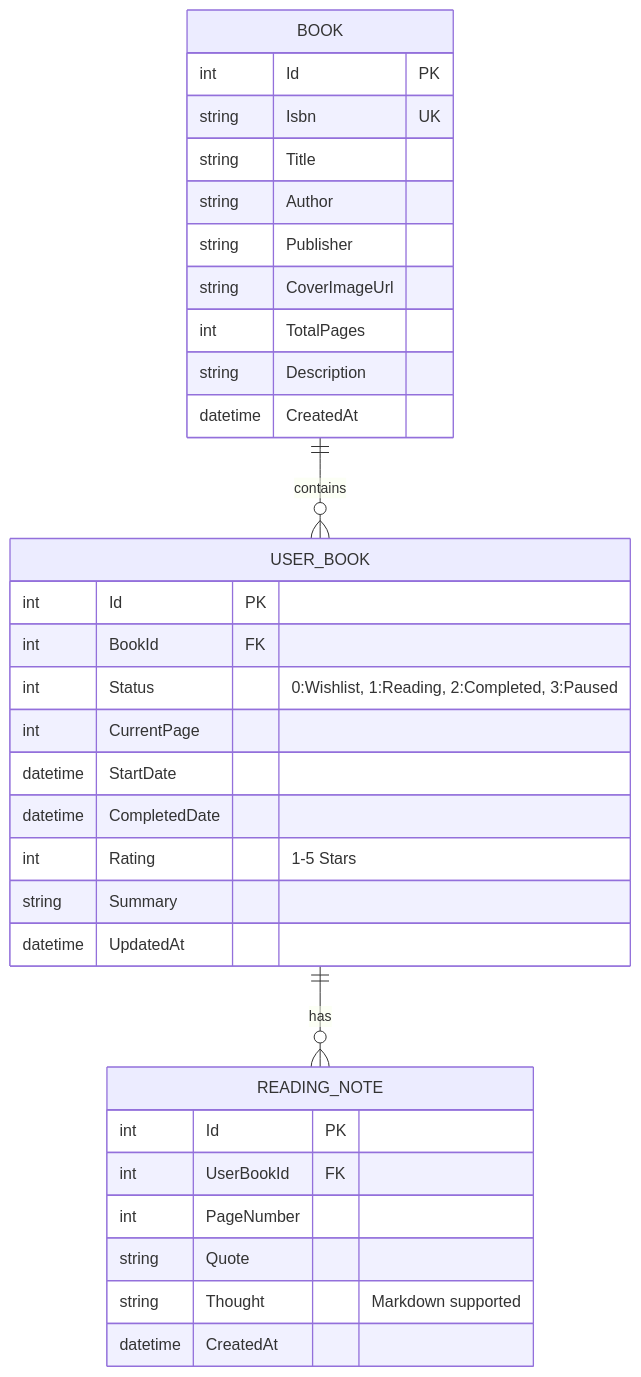
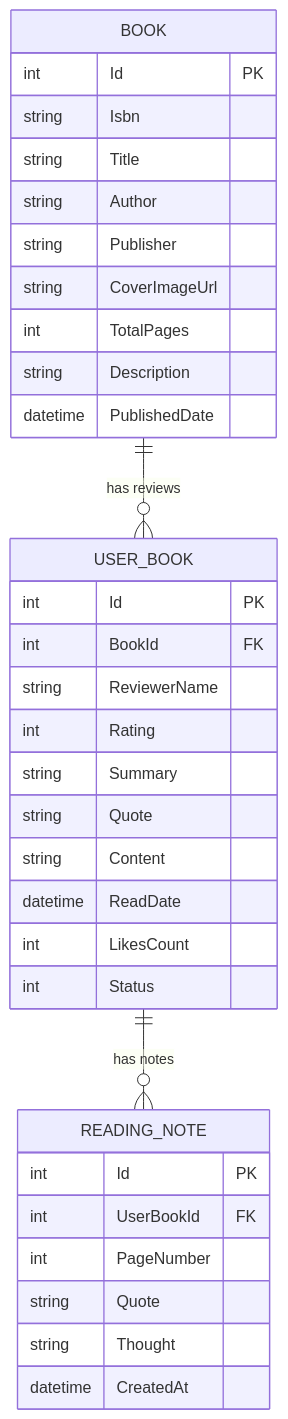
Before and after one commit to dh1180/Read.me: the second of 2 diagrams in README.md, drawn with Mermaid. The commit also changed other lines of this file, not shown here.

First line of the commit message:
docs: Read.me 프로젝트 소개 문서 전면 개편

````diff
--- a/README.md
+++ b/README.md
@@ -73,38 +129,39 @@
 ```mermaid
 erDiagram
-    BOOK ||--o{ USER_BOOK : contains
-    USER_BOOK ||--o{ READING_NOTE : has
+    BOOK ||--o{ USER_BOOK : "has reviews"
+    USER_BOOK ||--o{ READING_NOTE : "has notes"
 
     BOOK {
         int Id PK
-        string Isbn UK
+        string Isbn
         string Title
         string Author
         string Publisher
         string CoverImageUrl
         int TotalPages
         string Description
-        datetime CreatedAt
+        datetime PublishedDate
     }
 
     USER_BOOK {
         int Id PK
         int BookId FK
-        int Status "0:Wishlist, 1:Reading, 2:Completed, 3:Paused"
-        int CurrentPage
-        datetime StartDate
-        datetime CompletedDate
-        int Rating "1-5 Stars"
+        string ReviewerName
+        int Rating
         string Summary
-        datetime UpdatedAt
+        string Quote
+        string Content
+        datetime ReadDate
+        int LikesCount
+        int Status
     }
 
     READING_NOTE {
         int Id PK
         int UserBookId FK
         int PageNumber
         string Quote
-        string Thought "Markdown supported"
+        string Thought
         datetime CreatedAt
     }
 ```
````
